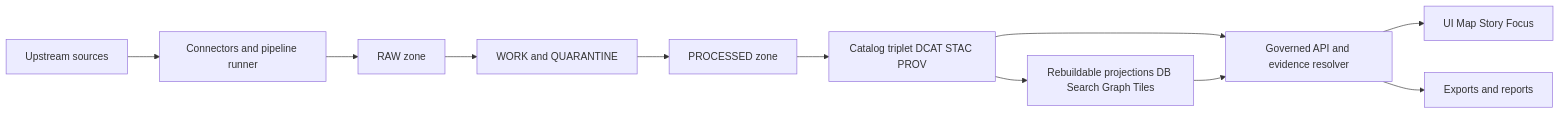
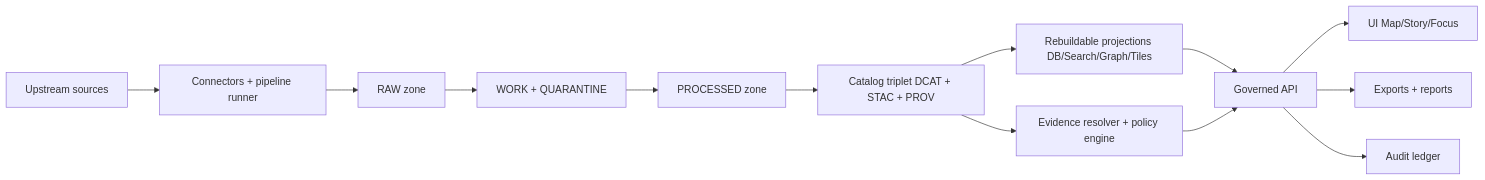
Before and after one commit to bartytime4life/Kansas-Frontier-Matrix: the first of 3 diagrams in README.md, drawn with Mermaid. The commit also changed other lines of this file, not shown here.

````diff
--- a/README.md
+++ b/README.md
@@ -94,13 +111,15 @@
-~~~mermaid
+```mermaid
 flowchart LR
-  A[Upstream sources] --> B[Connectors and pipeline runner]
+  A[Upstream sources] --> B[Connectors + pipeline runner]
   B --> C[RAW zone]
-  C --> D[WORK and QUARANTINE]
+  C --> D[WORK + QUARANTINE]
   D --> E[PROCESSED zone]
-  E --> F[Catalog triplet DCAT STAC PROV]
-  F --> G[Rebuildable projections DB Search Graph Tiles]
-  F --> H[Governed API and evidence resolver]
-  G --> H
-  H --> I[UI Map Story Focus]
-  H --> J[Exports and reports]
-~~~
+  E --> F[Catalog triplet DCAT + STAC + PROV]
+  F --> G[Rebuildable projections DB/Search/Graph/Tiles]
+  F --> H[Evidence resolver + policy engine]
+  G --> I[Governed API]
+  H --> I
+  I --> J[UI Map/Story/Focus]
+  I --> K[Exports + reports]
+  I --> L[Audit ledger]
+```
````
